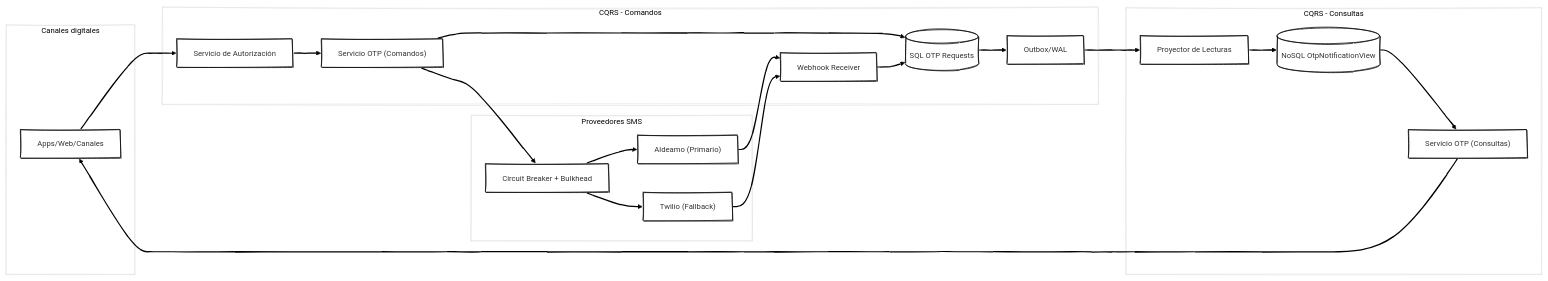
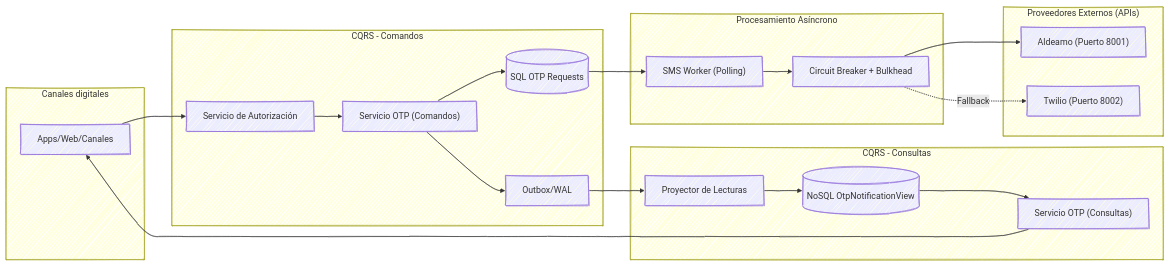
Before and after one commit to Kapum357/Patrones: the diagram in README.md, drawn with Mermaid. The commit also changed other lines of this file and 11 other files, not shown here.

Commit message:
Enhance OTP system: add async SMS worker, update README, and refine command structure

````diff
--- a/README.md
+++ b/README.md
@@ -8,41 +8,45 @@
 ```mermaid
 ---
 config:
   look: handDrawn
-  theme: neo
-  fontFamily: '''Source Code Pro Variable'', monospace'
+  fontFamily: '"Source Code Pro Variable", monospace'
 ---
 flowchart LR
   subgraph Cliente["Canales digitales"]
     app["Apps/Web/Canales"]
   end
 
   subgraph CommandSide["CQRS - Comandos"]
     auth["Servicio de Autorización"]
     cmd["Servicio OTP (Comandos)"]
     sql[(SQL OTP Requests)]
     outbox["Outbox/WAL"]
-    webhook["Webhook Receiver"]
+  end
+
+  subgraph AsyncProcessing["Procesamiento Asíncrono"]
+    worker["SMS Worker (Polling)"]
+    cb["Circuit Breaker + Bulkhead"]
+  end
+
+  subgraph Microservicios["Proveedores Externos (APIs)"]
+    aldeamo["Aldeamo (Puerto 8001)"]
+    twilio["Twilio (Puerto 8002)"]
   end
 
   subgraph ReadSide["CQRS - Consultas"]
     projector["Proyector de Lecturas"]
     mongo[(NoSQL OtpNotificationView)]
     query["Servicio OTP (Consultas)"]
   end
 
-  subgraph Sms["Proveedores SMS"]
-    cb["Circuit Breaker + Bulkhead"]
-    aldeamo["Aldeamo (Primario)"]
-    twilio["Twilio (Fallback)"]
-  end
-
   app --> auth --> cmd
-  cmd --> sql --> outbox --> projector --> mongo --> query --> app
-
-  cmd --> cb --> aldeamo
-  cb --> twilio
-
-  aldeamo --> webhook --> sql
-  twilio --> webhook
+  cmd --> sql
+  cmd --> outbox
+  
+  outbox --> projector --> mongo --> query --> app
+  
+  sql --> worker
+  worker --> cb
+  cb --> aldeamo
+  cb -. "Fallback" .-> twilio
 ```
````
